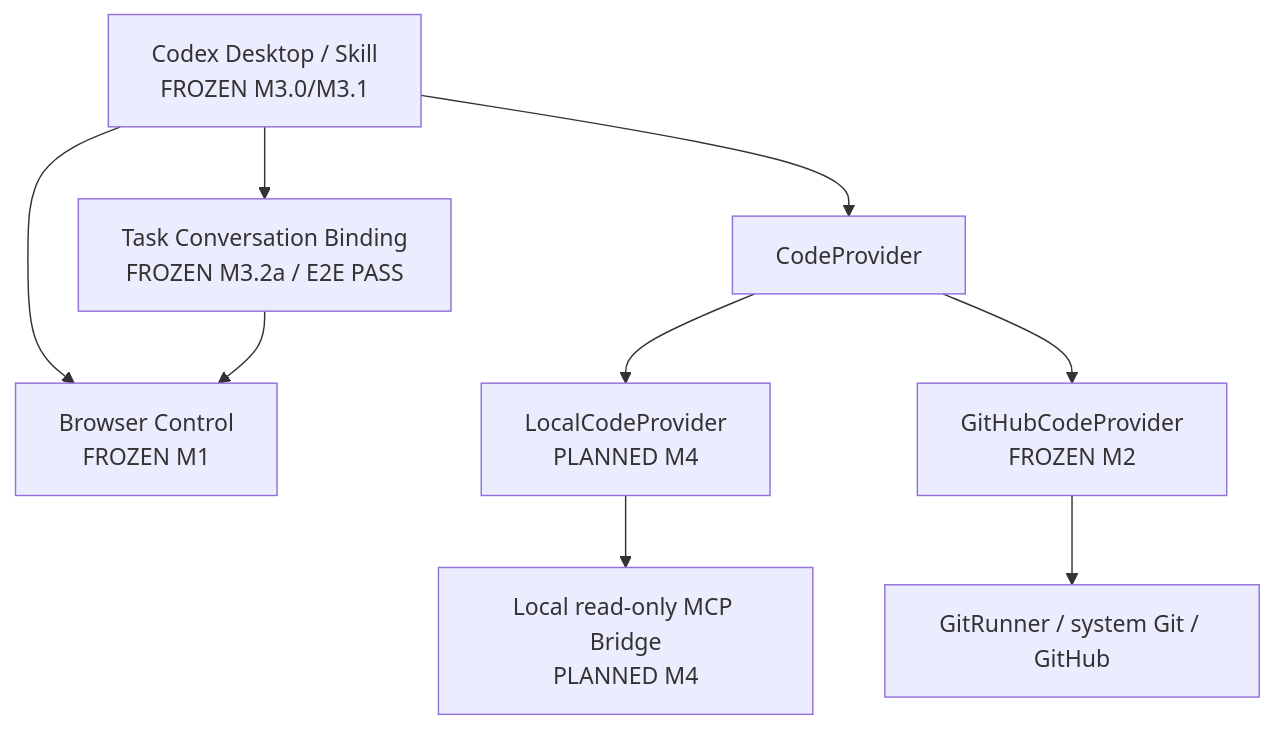
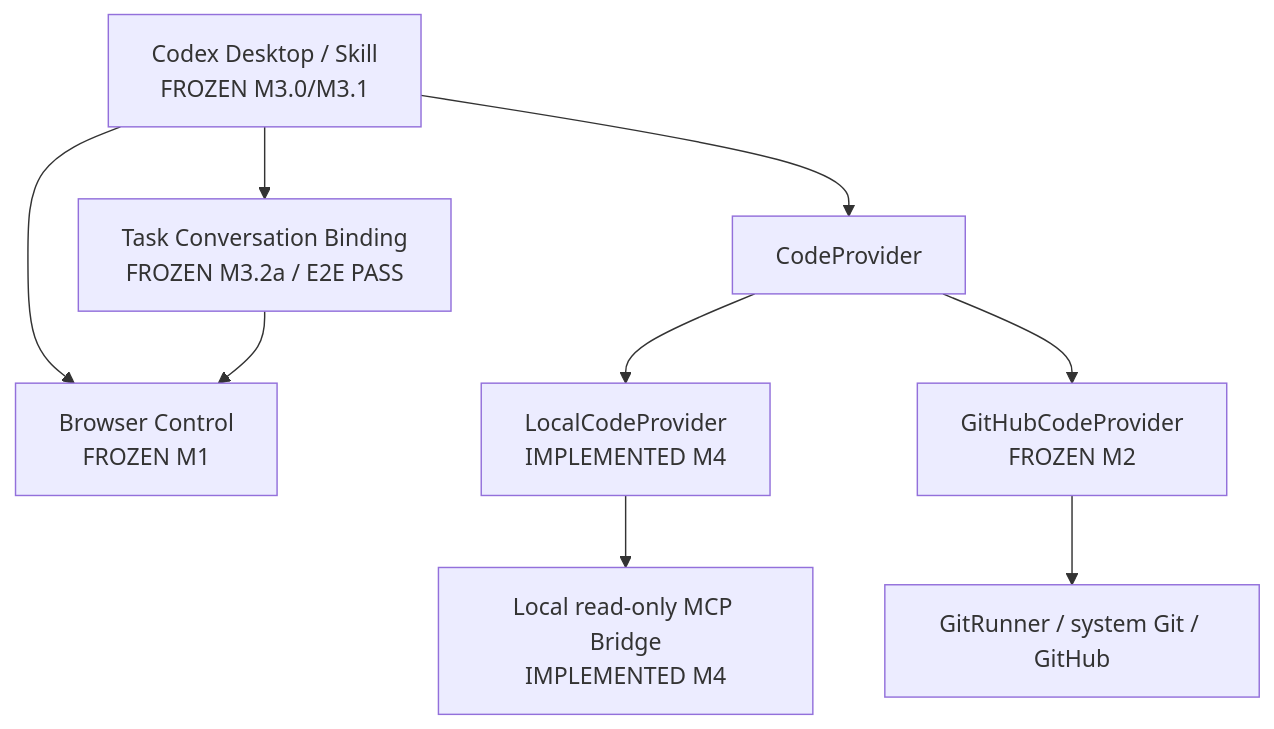
The third of 3 diagrams in docs/architecture.md (Jickfu/codex-duet), drawn with Mermaid before and after one commit. The commit also changed other lines of this file and 4 other files, not shown here.

````diff
--- a/docs/architecture.md
+++ b/docs/architecture.md
@@ -55,12 +55,12 @@
 ```mermaid
 flowchart TB
     O[Codex Desktop / Skill<br/>FROZEN M3.0/M3.1]
     O --> B[Browser Control<br/>FROZEN M1]
     O --> T[Task Conversation Binding<br/>FROZEN M3.2a / E2E PASS]
     T --> B
     O --> C[CodeProvider]
-    C --> L[LocalCodeProvider<br/>PLANNED M4]
+    C --> L[LocalCodeProvider<br/>IMPLEMENTED M4]
     C --> G[GitHubCodeProvider<br/>FROZEN M2]
-    L --> M[Local read-only MCP Bridge<br/>PLANNED M4]
+    L --> M[Local read-only MCP Bridge<br/>IMPLEMENTED M4]
     G --> Git[GitRunner / system Git / GitHub]
 ```
````
